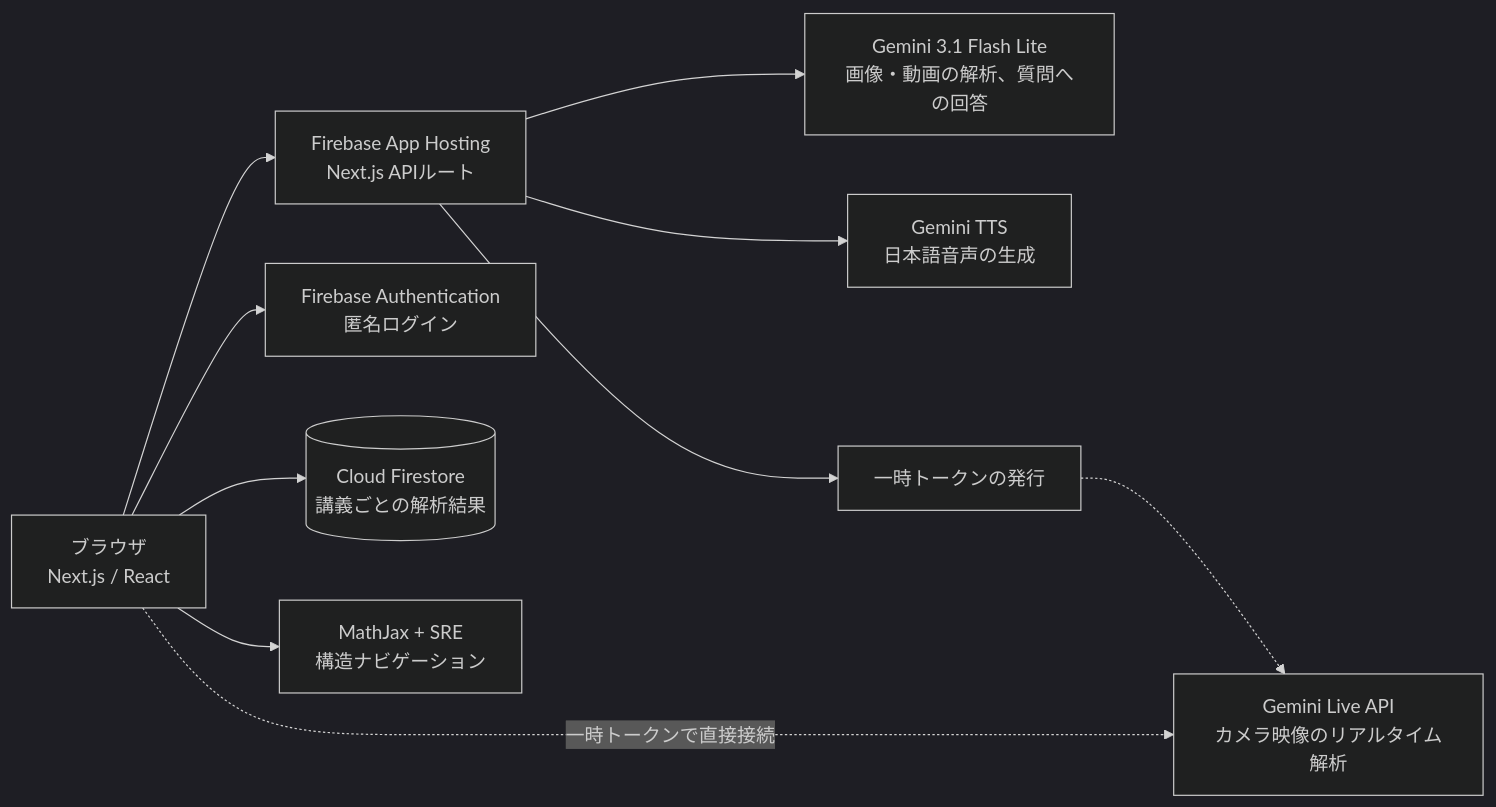
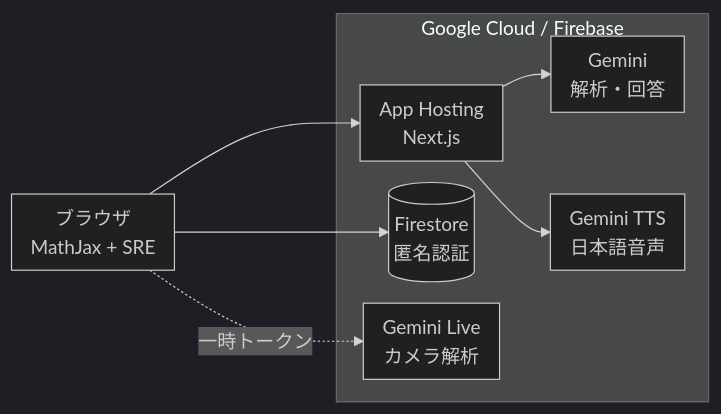
Before and after one commit to Devfest-Hackathon-2026/df-2026-t173: the second of 2 diagrams in README.md, drawn with Mermaid (dark theme). The commit also changed other lines of this file and 9 other files, not shown here.

First line of the commit message:
docs/chore: README の図・表現を整え、不要ファイルを削除

````diff
--- a/README.md
+++ b/README.md
@@ -98,12 +98,17 @@
 ```mermaid
+%%{init: {"flowchart": {"rankSpacing": 40, "nodeSpacing": 18, "padding": 8}}}%%
 flowchart LR
-    User[ブラウザ<br/>Next.js / React] --> Host[Firebase App Hosting<br/>Next.js APIルート]
-    Host --> Gemini[Gemini 3.1 Flash Lite<br/>画像・動画の解析、質問への回答]
-    Host --> TTS[Gemini TTS<br/>日本語音声の生成]
-    Host --> Token[一時トークンの発行]
-    Token -.-> Live[Gemini Live API<br/>カメラ映像のリアルタイム解析]
-    User -.一時トークンで直接接続.-> Live
-    User --> Auth[Firebase Authentication<br/>匿名ログイン]
-    User --> DB[(Cloud Firestore<br/>講義ごとの解析結果)]
-    User --> MJ[MathJax + SRE<br/>構造ナビゲーション]
+    User["ブラウザ<br/>MathJax + SRE"]
+    subgraph G["Google Cloud / Firebase"]
+        Host["App Hosting<br/>Next.js"]
+        Gemini["Gemini<br/>解析・回答"]
+        TTS["Gemini TTS<br/>日本語音声"]
+        DB[("Firestore<br/>匿名認証")]
+        Live["Gemini Live<br/>カメラ解析"]
+    end
+    User --> Host
+    Host --> Gemini
+    Host --> TTS
+    User --> DB
+    User -. 一時トークン .-> Live
 ```
````
